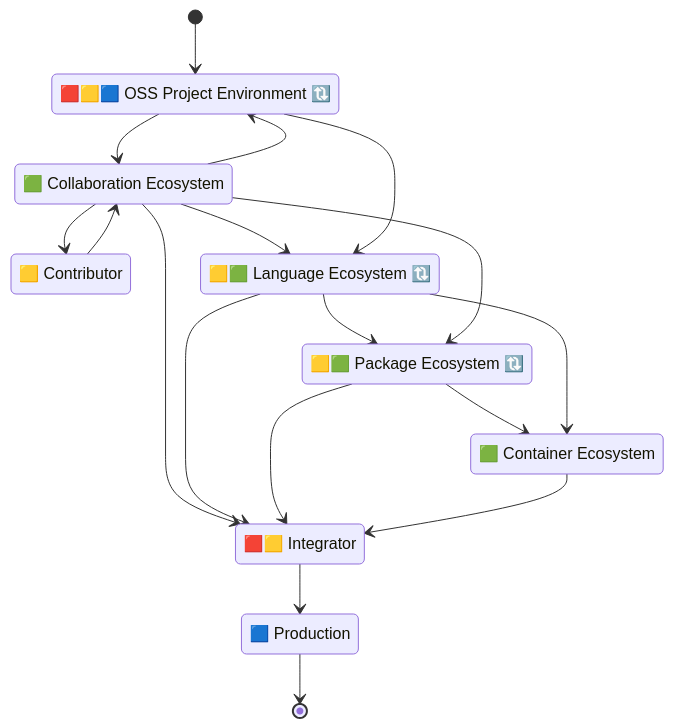
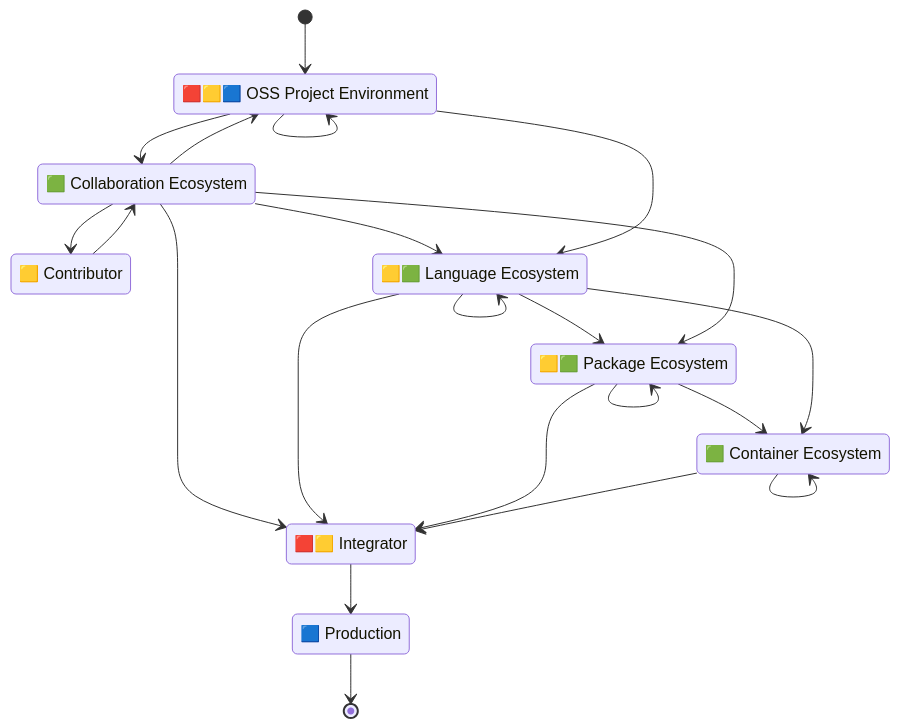
One commit to CPAN-Security/security.metacpan.org changed the first of 5 diagrams in docs/supplychain-sbom.md. Above: the diagram before and after it, drawn with Mermaid. The commit also changed other lines of this file, not shown here.

Commit message:
Try self-referencing loops with MermaidJS 12.0.0. They work now!

````diff
--- a/docs/supplychain-sbom.md
+++ b/docs/supplychain-sbom.md
@@ -70,37 +70,38 @@
 ```mermaid
 stateDiagram-v2
     direction TB
 
-    state "🟥&zwj;🟨&zwj;🟦&nbsp;OSS&nbsp;Project&nbsp;Environment&nbsp;🔃" as environment_project
-    state "🟨 Contributor" as environment_contributor
+    state "🟥&zwj;🟨&zwj;🟦&nbsp;OSS&nbsp;Project&nbsp;Environment" as environment_project
+    state "🟨&nbsp;Contributor" as environment_contributor
     state "🟩&nbsp;Collaboration&nbsp;Ecosystem" as ecosystem_forge
-    state "🟨&zwj;🟩&nbsp;Language&nbsp;Ecosystem&nbsp;🔃" as ecosystem_lang
-    state "🟨&zwj;🟩&nbsp;Package&nbsp;Ecosystem&nbsp;🔃" as ecosystem_package
-    state "🟩 Container Ecosystem" as ecosystem_container
-    state "🟥🟨 Integrator" as environment_integrator
-    state "🟦 Production" as environment_prod
+    state "🟨&zwj;🟩&nbsp;Language&nbsp;Ecosystem" as ecosystem_lang
+    state "🟨&zwj;🟩&nbsp;Package&nbsp;Ecosystem" as ecosystem_package
+    state "🟩&nbsp;Container&nbsp;Ecosystem" as ecosystem_container
+    state "🟥🟨&nbsp;Integrator" as environment_integrator
+    state "🟦&nbsp;Production" as environment_prod
 
     [*]                      --> environment_project
     ecosystem_forge          --> environment_project
     ecosystem_forge          --> environment_contributor
     ecosystem_forge          --> ecosystem_lang
     environment_project      --> ecosystem_forge
     environment_project      --> ecosystem_lang
+    environment_project      --> environment_project
     environment_contributor  --> ecosystem_forge
     ecosystem_lang           --> ecosystem_package
     ecosystem_forge          --> ecosystem_package
-    %%ecosystem_package        --> ecosystem_package
-    %%ecosystem_lang           --> ecosystem_lang
+    ecosystem_package        --> ecosystem_package
+    ecosystem_lang           --> ecosystem_lang
     ecosystem_package        --> ecosystem_container
-    %%ecosystem_container      --> ecosystem_container
+    ecosystem_container      --> ecosystem_container
     ecosystem_forge          --> environment_integrator
     ecosystem_lang           --> environment_integrator
     ecosystem_lang           --> ecosystem_container
     ecosystem_package        --> environment_integrator
     ecosystem_container      --> environment_integrator
     environment_integrator   --> environment_prod
     environment_prod         --> [*]
 
     %% Copyright © 2024 Salve J. Nilsen <sjn@oslo.pm>
     %% Some rights reserved. Licensed CC-BY-SA-4.0
 ```
````
